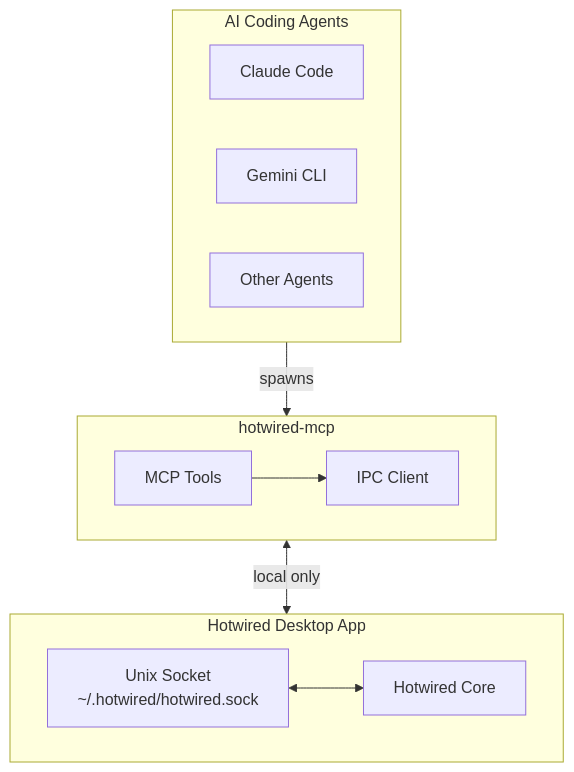
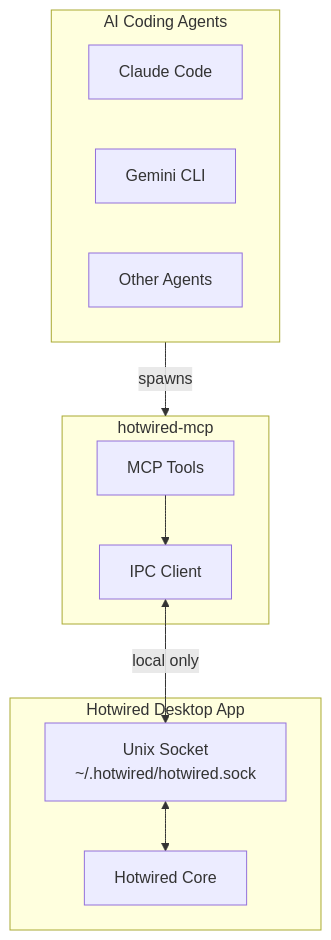
The diagram in README.md (hotwired-sh/hotwired-mcp), drawn with Mermaid before and after one commit.

````diff
--- a/README.md
+++ b/README.md
@@ -20,22 +20,17 @@
 ```mermaid
 flowchart TB
     subgraph agents["AI Coding Agents"]
-        direction LR
-        claude["Claude Code"]
-        gemini["Gemini CLI"]
-        other["Other Agents"]
+        claude["Claude Code"] & gemini["Gemini CLI"] & other["Other Agents"]
     end
 
     subgraph mcp["hotwired-mcp"]
-        direction LR
         tools["MCP Tools"] --> ipc["IPC Client"]
     end
 
     subgraph desktop["Hotwired Desktop App"]
-        direction LR
         socket["Unix Socket<br/>~/.hotwired/hotwired.sock"] <--> core["Hotwired Core"]
     end
 
     agents -->|"spawns"| mcp
     ipc <-->|"local only"| socket
 ```
````
